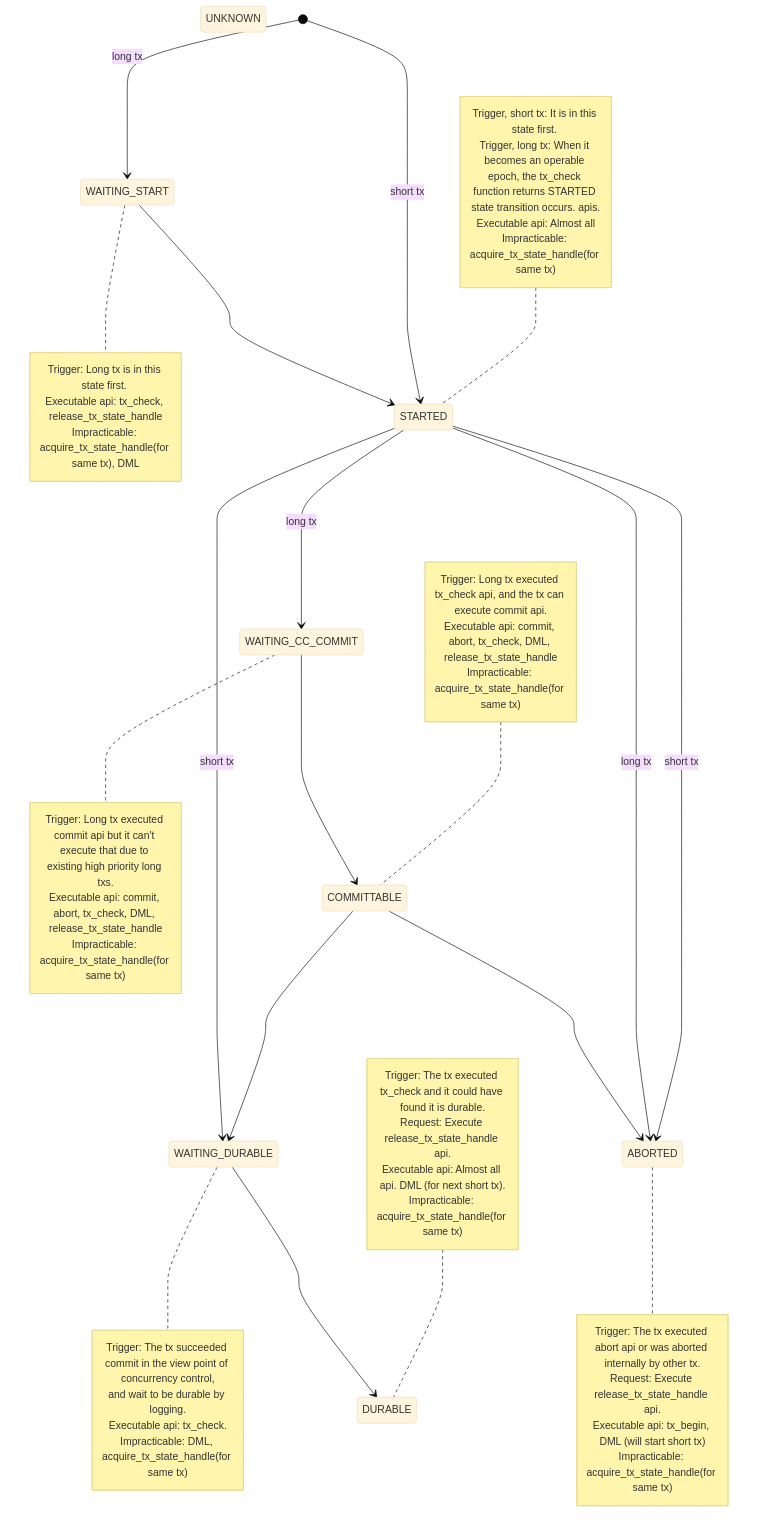
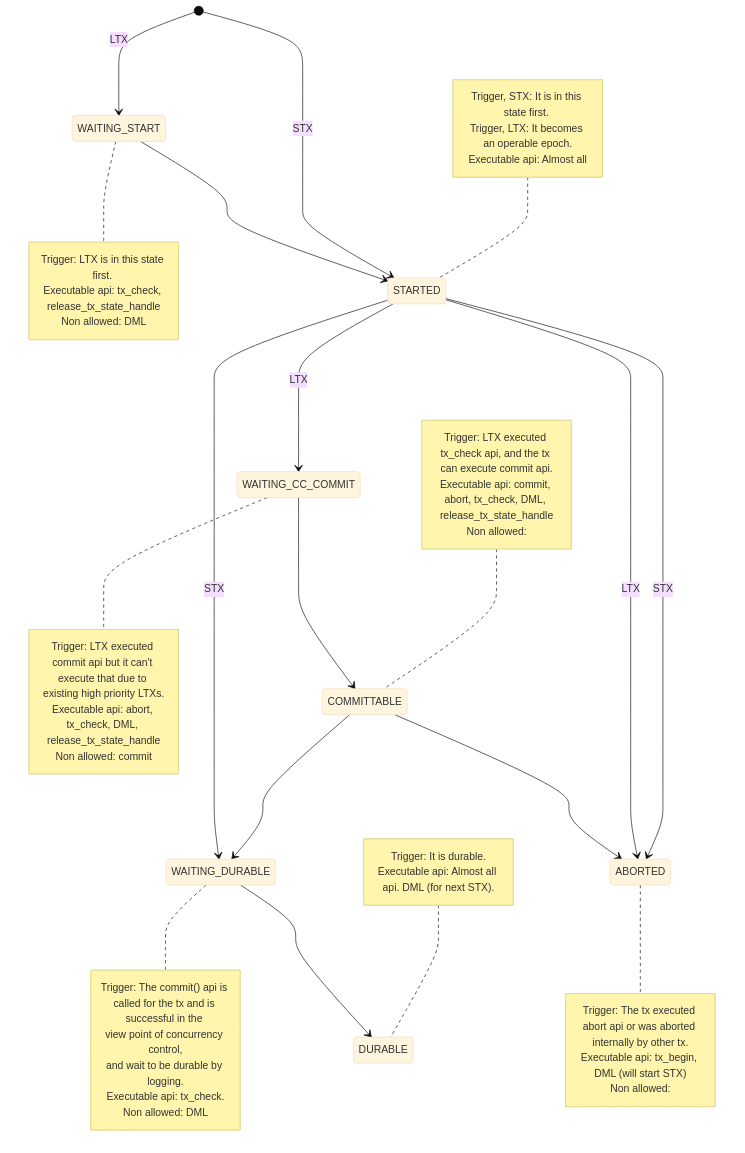
The diagram in docs/transaction_state.md (project-tsurugi/shirakami), drawn with Mermaid (base theme) before and after one commit. The commit also changed other lines of this file and 1 other file, not shown here.

Commit message:
update about transaction state doc

````diff
--- a/docs/transaction_state.md
+++ b/docs/transaction_state.md
@@ -1,64 +8,59 @@
 ```mermaid
 stateDiagram-v2
-    UNKNOWN
     WAITING_START
     note right of WAITING_START
-        Trigger: Long tx is in this state first. 
+        Trigger: LTX is in this state first. 
         Executable api: tx_check, release_tx_state_handle
-        Impracticable: acquire_tx_state_handle(for same tx), DML
+        Non allowed: DML
     end note
     STARTED
     note left of STARTED
-        Trigger, short tx: It is in this state first. 
-        Trigger, long tx: When it becomes an operable epoch, the tx_check 
-        function returns STARTED state transition occurs. apis.
+        Trigger, STX: It is in this state first. 
+        Trigger, LTX: It becomes an operable epoch.
         Executable api: Almost all
-        Impracticable: acquire_tx_state_handle(for same tx)
     end note
     WAITING_CC_COMMIT
     note right of WAITING_CC_COMMIT
-        Trigger: Long tx executed commit api but it can't execute that due to 
-        existing high priority long txs.
-        Executable api: commit, abort, tx_check, DML, release_tx_state_handle
-        Impracticable: acquire_tx_state_handle(for same tx)
+        Trigger: LTX executed commit api but it can't execute that due to 
+        existing high priority LTXs.
+        Executable api: abort, tx_check, DML, release_tx_state_handle
+        Non allowed: commit
     end note
     COMMITTABLE
     note left of COMMITTABLE
-        Trigger: Long tx executed tx_check api, and the tx can execute commit api.
+        Trigger: LTX executed tx_check api, and the tx can execute commit api.
         Executable api: commit, abort, tx_check, DML, release_tx_state_handle
-        Impracticable: acquire_tx_state_handle(for same tx)
+        Non allowed:
     end note
     ABORTED
     note right of ABORTED
         Trigger: The tx executed abort api or was aborted internally by other tx.
-        Request: Execute release_tx_state_handle api.
-        Executable api: tx_begin, DML (will start short tx)
-        Impracticable: acquire_tx_state_handle(for same tx)
+        Executable api: tx_begin, DML (will start STX)
+        Non allowed:
     end note
     WAITING_DURABLE
     note right of WAITING_DURABLE
-        Trigger: The tx succeeded commit in the view point of concurrency control,
+        Trigger: The commit() api is called for the tx and is successful in the 
+        view point of concurrency control,
         and wait to be durable by logging.
         Executable api: tx_check.
-        Impracticable: DML, acquire_tx_state_handle(for same tx)
+        Non allowed: DML
     end note
     DURABLE
     note left of DURABLE
-        Trigger: The tx executed tx_check and it could have found it is durable.
-        Request: Execute release_tx_state_handle api.
-        Executable api: Almost all api. DML (for next short tx).
-        Impracticable: acquire_tx_state_handle(for same tx)
+        Trigger: It is durable.
+        Executable api: Almost all api. DML (for next STX).
     end note
 
-    [*] --> STARTED: short tx
-    [*] --> WAITING_START: long tx
+    [*] --> STARTED: STX
+    [*] --> WAITING_START: LTX
     WAITING_START --> STARTED
-    STARTED --> WAITING_CC_COMMIT: long tx
+    STARTED --> WAITING_CC_COMMIT: LTX
     WAITING_CC_COMMIT --> COMMITTABLE
     COMMITTABLE --> WAITING_DURABLE
-    STARTED --> WAITING_DURABLE: short tx
-    STARTED --> ABORTED: short tx
-    STARTED --> ABORTED: long tx
+    STARTED --> WAITING_DURABLE: STX
+    STARTED --> ABORTED: STX
+    STARTED --> ABORTED: LTX
     COMMITTABLE --> ABORTED
     WAITING_DURABLE --> DURABLE
 ```
````
